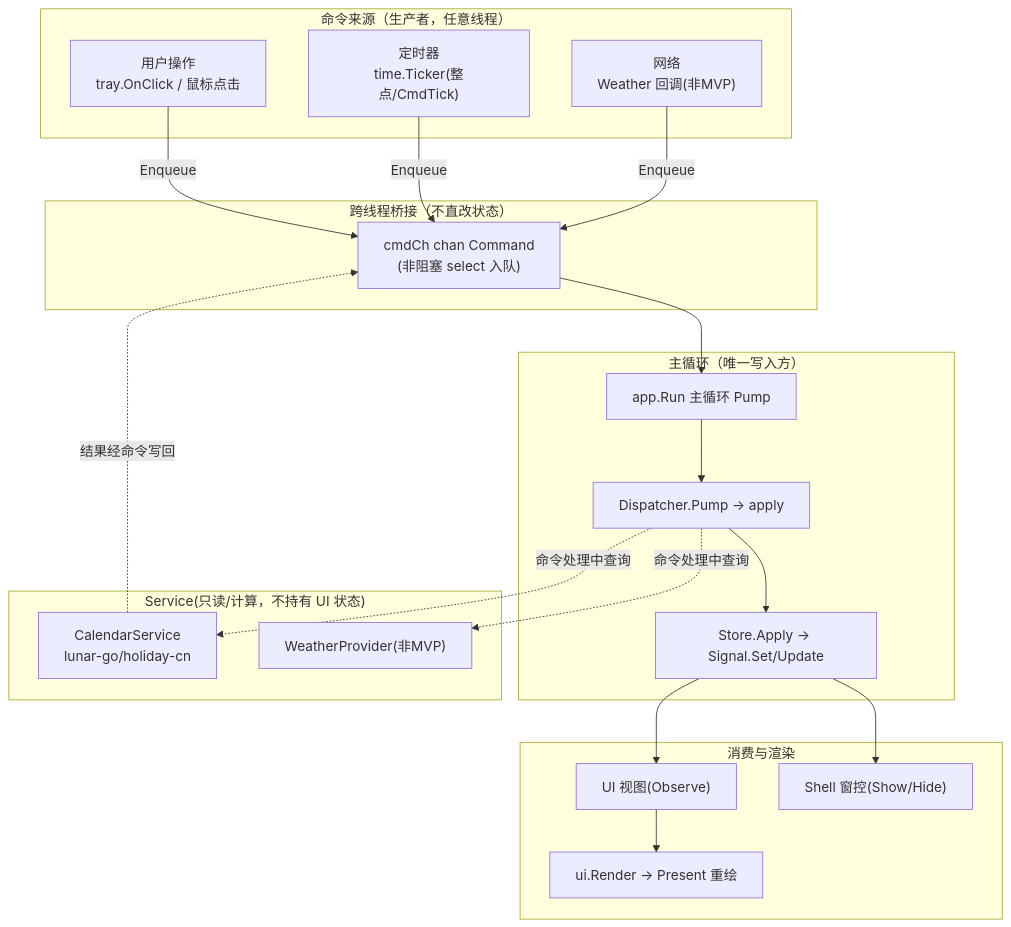
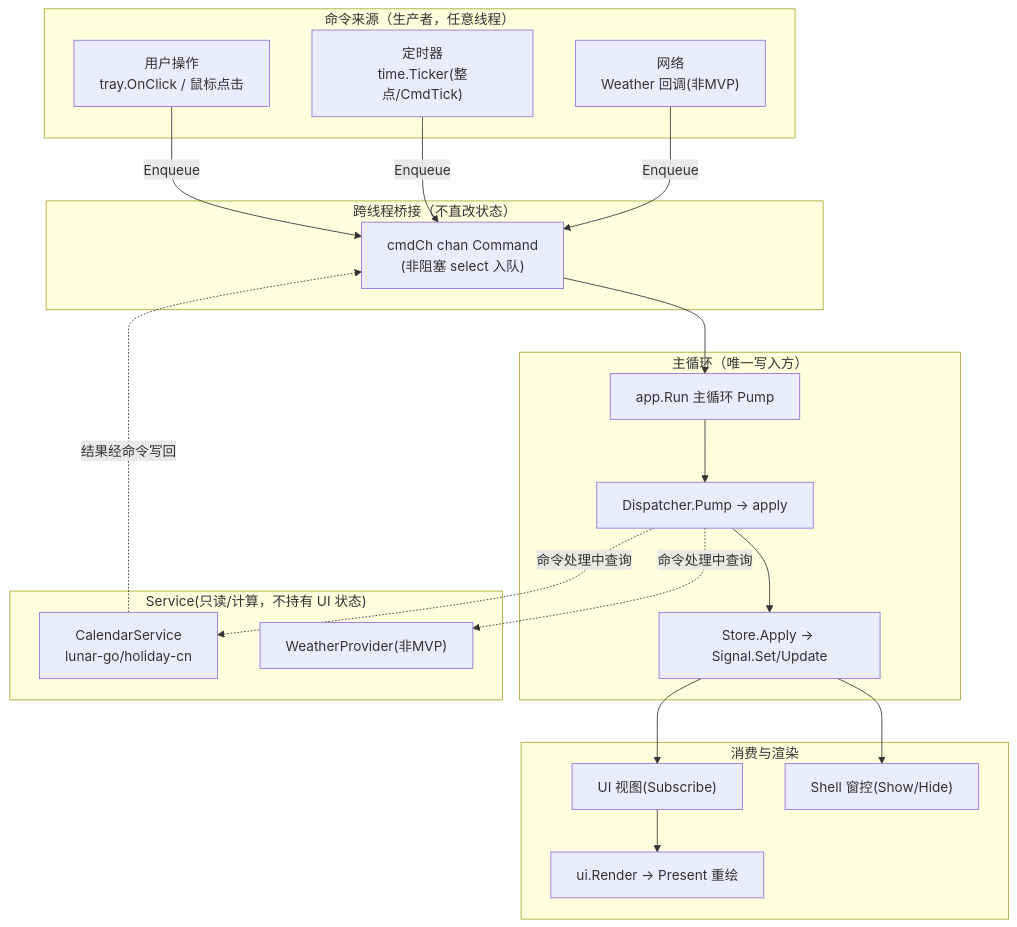
The second of 4 diagrams in docs/30-State/DataFlow.md (shaolei/DeskCalendar), drawn with Mermaid before and after one commit. The commit also changed other lines of this file and 8 other files, not shown here.

````diff
--- a/docs/30-State/DataFlow.md
+++ b/docs/30-State/DataFlow.md
@@ -74,36 +74,36 @@
 ```mermaid
 flowchart TB
     subgraph SRC["命令来源（生产者，任意线程）"]
         U["用户操作<br/>tray.OnClick / 鼠标点击"]
         T["定时器<br/>time.Ticker(整点/CmdTick)"]
         N["网络<br/>Weather 回调(非MVP)"]
     end
     subgraph BRIDGE["跨线程桥接（不直改状态）"]
         CH["cmdCh chan Command<br/>(非阻塞 select 入队)"]
     end
     subgraph MAIN["主循环（唯一写入方）"]
         OU["app.Run 主循环 Pump"]
         DP["Dispatcher.Pump → apply"]
         ST["Store.Apply → Signal.Set/Update"]
     end
     subgraph SINK["消费与渲染"]
-        V["UI 视图(Observe)"]
+        V["UI 视图(Subscribe)"]
         RD["ui.Render → Present 重绘"]
         SG["Shell 窗控(Show/Hide)"]
     end
     subgraph SERVICE["Service(只读/计算，不持有 UI 状态)"]
         CAL["CalendarService<br/>lunar-go/holiday-cn"]
         WTH["WeatherProvider(非MVP)"]
     end
 
     U -->|Enqueue| CH
     T -->|Enqueue| CH
     N -->|Enqueue| CH
     CH --> OU --> DP --> ST
     ST --> V
     ST --> SG
     V --> RD
     DP -. "命令处理中查询" .-> CAL
     DP -. "命令处理中查询" .-> WTH
     CAL -. "结果经命令写回" .-> CH
 ```
````
